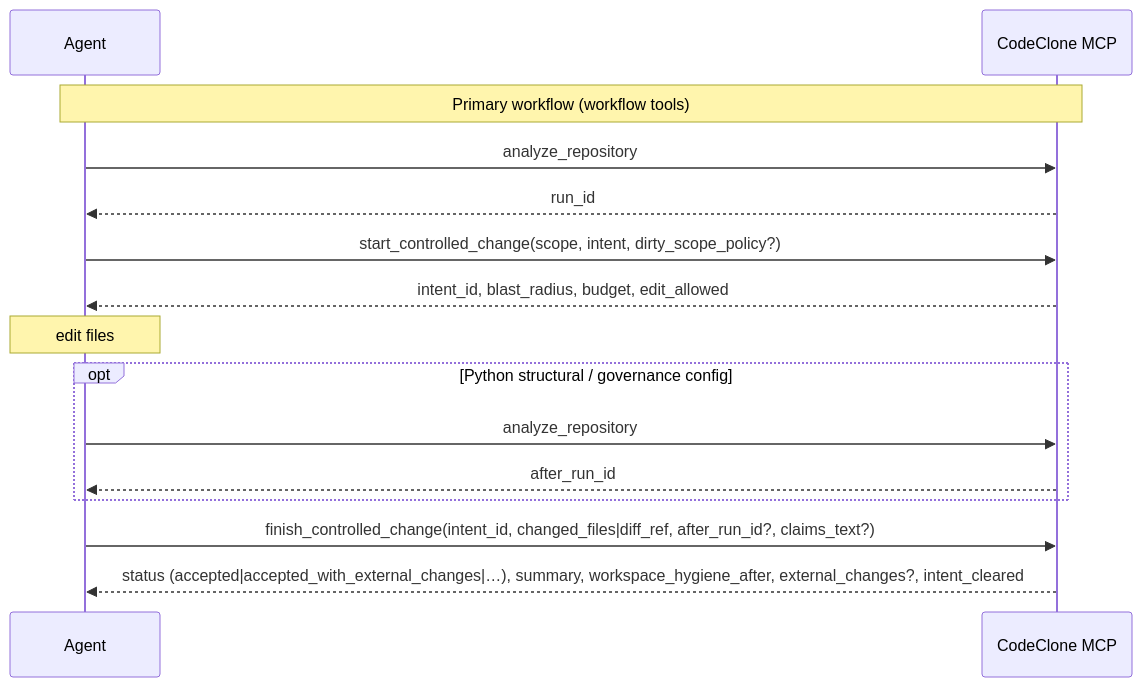
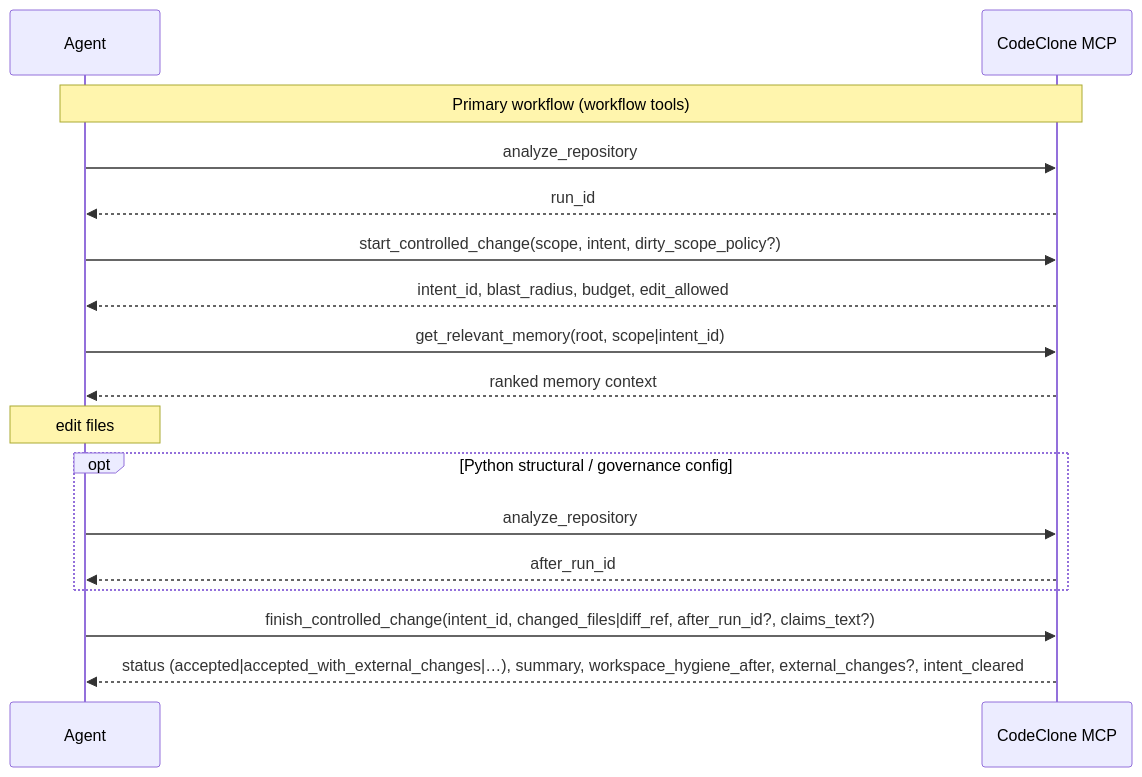
Before and after one commit to orenlab/codeclone: the sixth of 6 diagrams in docs/mcp.md, drawn with Mermaid. The commit also changed other lines of this file and 13 other files, not shown here.

Commit message:
feat(memory): align agent-facing docs with code

````diff
--- a/docs/mcp.md
+++ b/docs/mcp.md
@@ -551,17 +571,19 @@
 ```mermaid
 sequenceDiagram
     participant Agent
     participant MCP as CodeClone MCP
     Note over Agent, MCP: Primary workflow (workflow tools)
     Agent ->> MCP: analyze_repository
     MCP -->> Agent: run_id
     Agent ->> MCP: start_controlled_change(scope, intent, dirty_scope_policy?)
     MCP -->> Agent: intent_id, blast_radius, budget, edit_allowed
+    Agent ->> MCP: get_relevant_memory(root, scope|intent_id)
+    MCP -->> Agent: ranked memory context
     Note over Agent: edit files
     opt Python structural / governance config
         Agent ->> MCP: analyze_repository
         MCP -->> Agent: after_run_id
     end
     Agent ->> MCP: finish_controlled_change(intent_id, changed_files|diff_ref, after_run_id?, claims_text?)
     MCP -->> Agent: status (accepted|accepted_with_external_changes|…), summary, workspace_hygiene_after, external_changes?, intent_cleared
 ```
````
